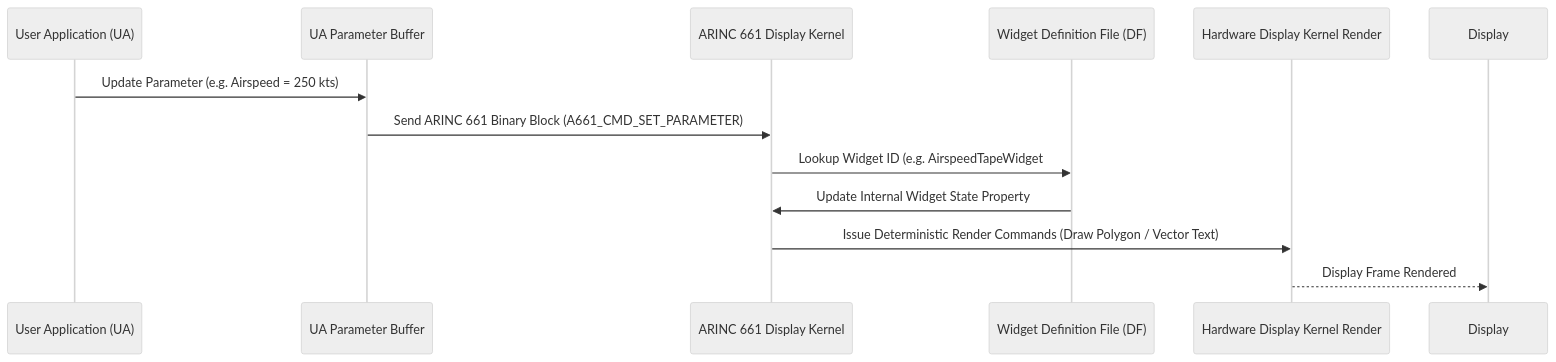
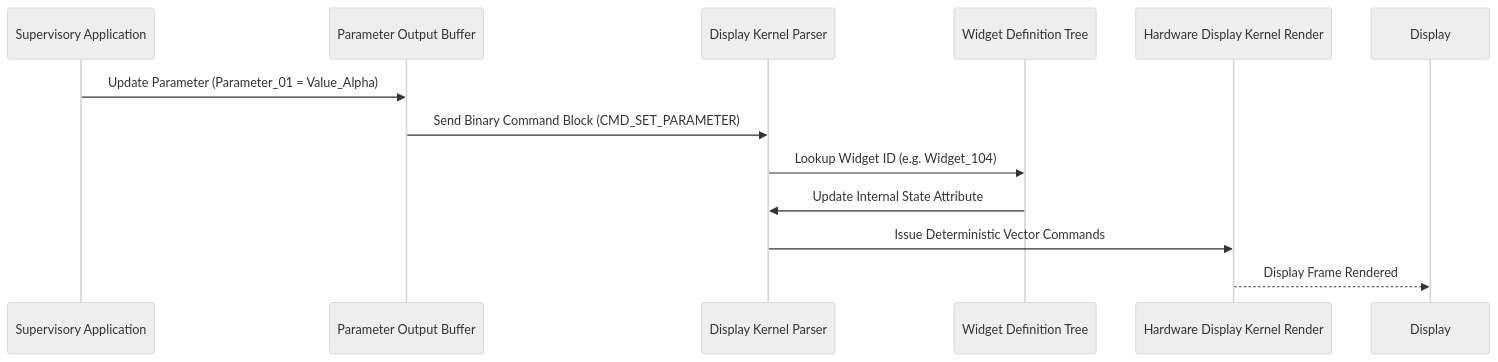
One commit to gintatkinson/DEAP01-spec-core changed the third of 6 diagrams in docs/architecture/blueprints/SAFETY_CRITICAL_REALTIME_UI_FRAMEWORK.md. Above: the diagram before and after it, drawn with Mermaid (neutral theme). The commit also changed other lines of this file and 34 other files, not shown here.

Commit message:
docs(architecture): decontaminate reference blueprints and establish master execution plan (refs #405, refs #406)

````diff
--- a/docs/architecture/blueprints/SAFETY_CRITICAL_REALTIME_UI_FRAMEWORK.md
+++ b/docs/architecture/blueprints/SAFETY_CRITICAL_REALTIME_UI_FRAMEWORK.md
@@ -99,15 +114,15 @@
 ```mermaid
 sequenceDiagram
-    participant UA as User Application (UA)
-    participant Buffer as UA Parameter Buffer
-    participant A661 as ARINC 661 Display Kernel
-    participant DF as Widget Definition File (DF)
+    participant App as Supervisory Application
+    participant Buffer as Parameter Output Buffer
+    participant Kernel as Display Kernel Parser
+    participant DF as Widget Definition Tree
     participant GPU as Hardware Display Kernel Render
 
-    UA->>Buffer: Update Parameter (e.g. Airspeed = 250 kts)
-    Buffer->>A661: Send ARINC 661 Binary Block (A661_CMD_SET_PARAMETER)
-    A661->>DF: Lookup Widget ID (e.g. AirspeedTapeWidget #104)
-    DF->>A661: Update Internal Widget State Property
-    A661->>GPU: Issue Deterministic Render Commands (Draw Polygon / Vector Text)
+    App->>Buffer: Update Parameter (Parameter_01 = Value_Alpha)
+    Buffer->>Kernel: Send Binary Command Block (CMD_SET_PARAMETER)
+    Kernel->>DF: Lookup Widget ID (e.g. Widget_104)
+    DF->>Kernel: Update Internal State Attribute
+    Kernel->>GPU: Issue Deterministic Vector Commands
     GPU-->>Display: Display Frame Rendered
 ```
````
